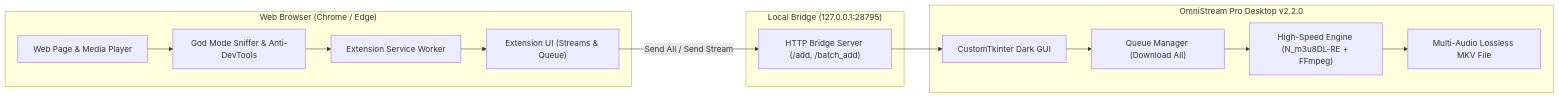
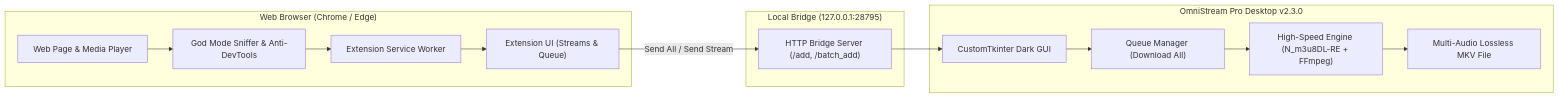
The diagram in README.md (Xmon4u/OmniStream-Pro-v2), drawn with Mermaid before and after one commit. The commit also changed other lines of this file and 17 other files, not shown here.

Commit message:
OmniStream Pro v2.3.0 — Subtitle-Only Download, Enhanced Error Handling & Comprehensive Tests

````diff
--- a/README.md
+++ b/README.md
@@ -60,29 +60,29 @@
 ```mermaid
 graph LR
     subgraph Browser ["Web Browser (Chrome / Edge)"]
         WebPage["Web Page & Media Player"]
         GodMode["God Mode Sniffer & Anti-DevTools"]
         ExtSW["Extension Service Worker"]
         Popup["Extension UI (Streams & Queue)"]
         WebPage --> GodMode
         GodMode --> ExtSW
         ExtSW --> Popup
     end
 
     subgraph Bridge ["Local Bridge (127.0.0.1:28795)"]
         BridgeServer["HTTP Bridge Server (/add, /batch_add)"]
     end
 
-    subgraph DesktopApp ["OmniStream Pro Desktop v2.2.0"]
+    subgraph DesktopApp ["OmniStream Pro Desktop v2.3.0"]
         GUI["CustomTkinter Dark GUI"]
         QueueMgr["Queue Manager (Download All)"]
         Engine["High-Speed Engine (N_m3u8DL-RE + FFmpeg)"]
         OutputMKV["Multi-Audio Lossless MKV File"]
         GUI --> QueueMgr
         QueueMgr --> Engine
         Engine --> OutputMKV
     end
 
     Popup -- "Send All / Send Stream" --> BridgeServer
     BridgeServer --> GUI
 ```
````
